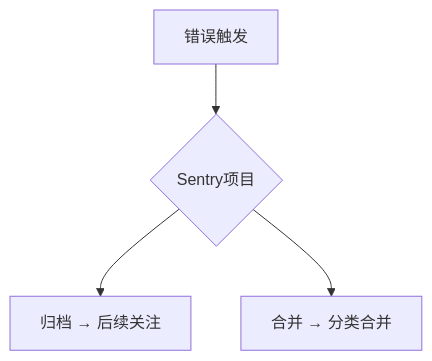
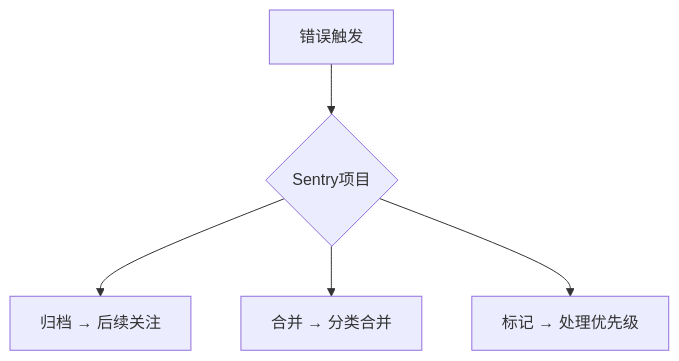
Before and after one commit to HawkeW/sentry_dev: the third of 7 diagrams in slides.md, drawn with Mermaid. The commit also changed other lines of this file and 6 other files, not shown here.

````diff
--- a/slides.md
+++ b/slides.md
@@ -360,6 +381,7 @@
 ```mermaid {theme: 'neutral', scale: 0.6}
 graph TD
     A[错误触发] --> B{Sentry项目}
     B --> C1[归档 → 后续关注]
     B --> C2[合并 → 分类合并]
+    B --> C3[标记 → 处理优先级]
 ```
````
